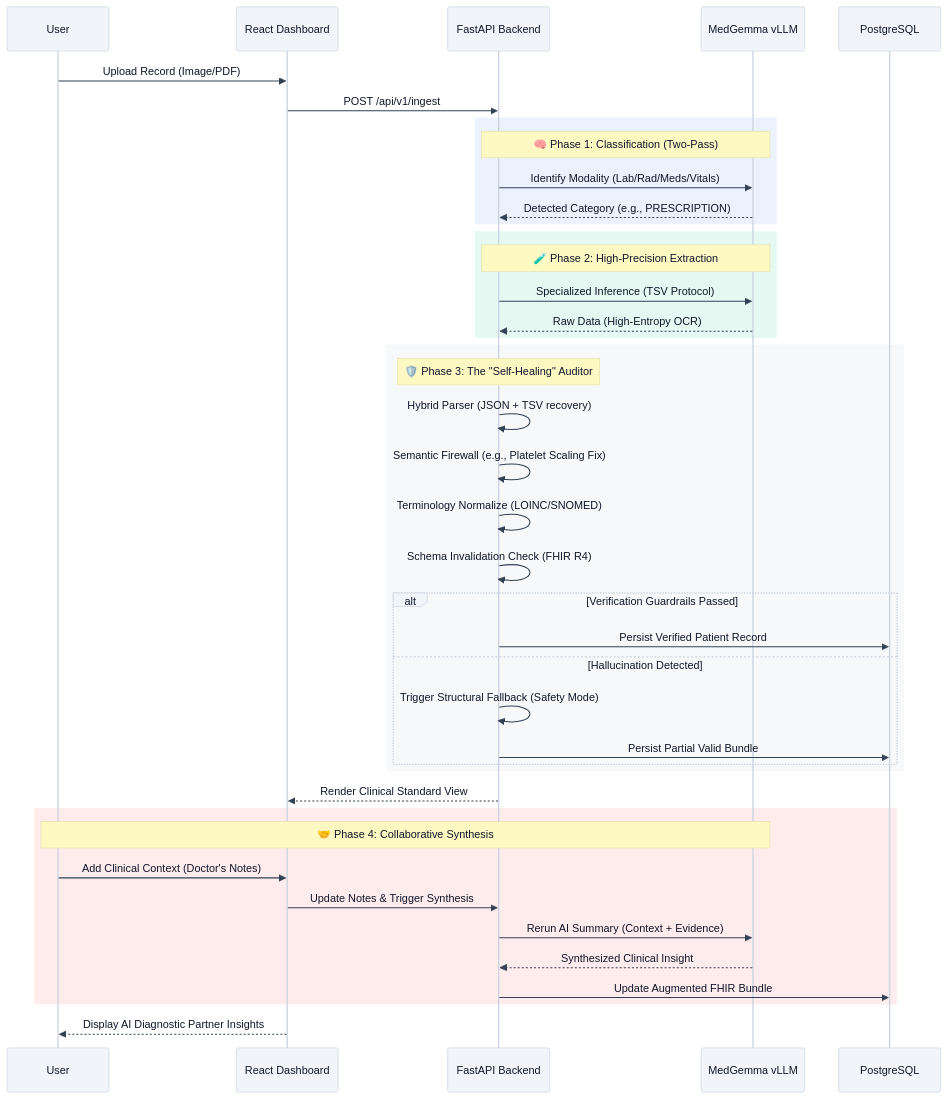
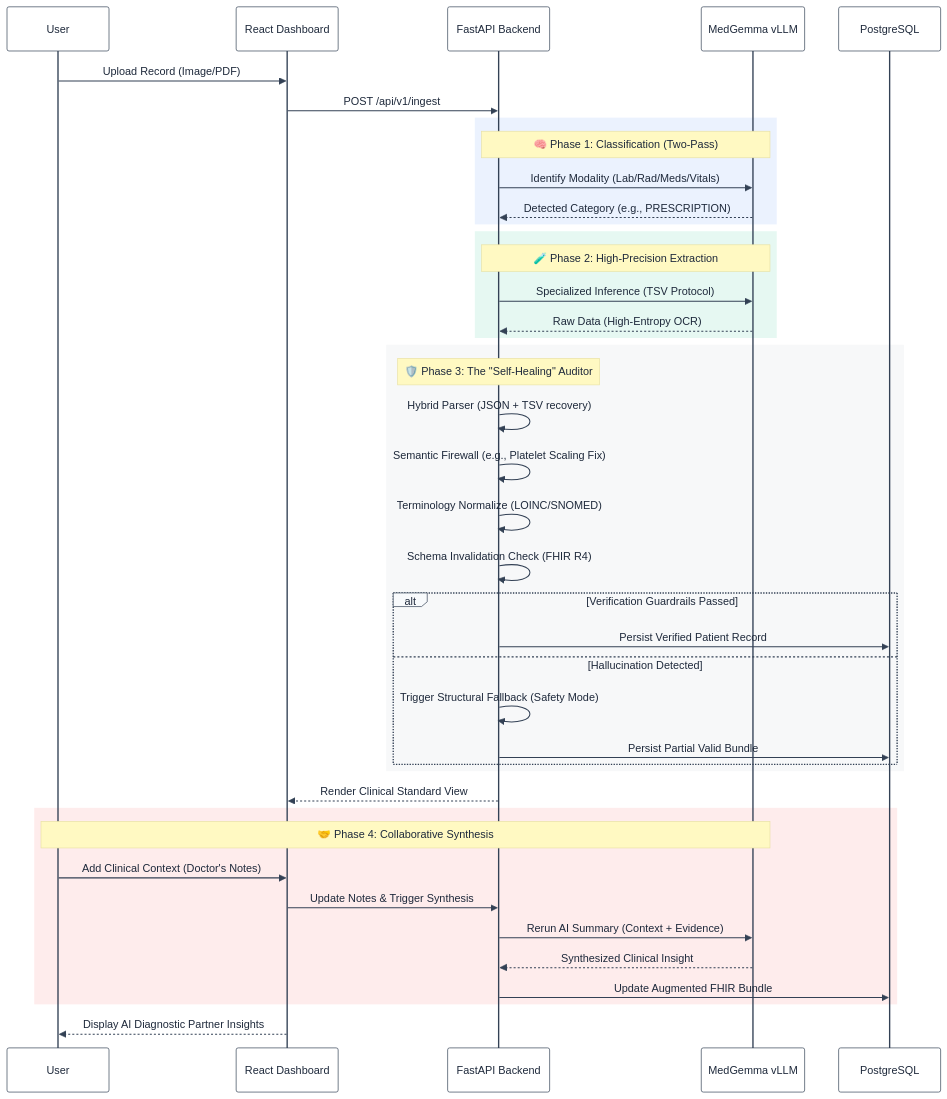
One commit to ALIENvsROBOT/challenge_kaggle changed the diagram in README.md. Above: the diagram before and after it, drawn with Mermaid.

Commit message:
refactor: refine theme variables and colors in README.

````diff
--- a/README.md
+++ b/README.md
@@ -77,72 +77,75 @@
 ```mermaid
 %%{init: {
   'theme': 'base',
   'themeVariables': {
     'background': '#ffffff',
-    'primaryColor': '#f1f5f9',
-    'primaryTextColor': '#0f172a',
-    'primaryBorderColor': '#cbd5e1',
+    'mainBkg': '#ffffff',
+    'primaryColor': '#f8fafc',
+    'primaryTextColor': '#1e293b',
+    'primaryBorderColor': '#334155',
     'lineColor': '#334155',
     'secondaryColor': '#f8fafc',
-    'tertiaryColor': '#f1f5f9',
-    'noteBkgColor': '#fef9c3',
-    'noteTextColor': '#0f172a',
-    'actorTextColor': '#0f172a',
+    'tertiaryColor': '#f8fafc',
+    'noteBkgColor': '#fff9c2',
+    'noteTextColor': '#1e293b',
+    'actorBkg': '#ffffff',
+    'actorTextColor': '#1e293b',
+    'actorBorder': '#334155',
     'signalColor': '#334155',
-    'signalTextColor': '#0f172a',
-    'labelBoxBkgColor': '#f1f5f9',
-    'labelBoxBorderColor': '#cbd5e1',
-    'loopTextColor': '#0f172a',
+    'signalTextColor': '#1e293b',
+    'labelBoxBkgColor': '#f8fafc',
+    'labelBoxBorderColor': '#334155',
+    'loopTextColor': '#1e293b',
     'fontSize': '14px'
   }
 }}%%
 sequenceDiagram
     participant User
     participant UI as React Dashboard
     participant API as FastAPI Backend
     participant LLM as MedGemma vLLM
     participant DB as PostgreSQL
 
     User->>UI: Upload Record (Image/PDF)
     UI->>API: POST /api/v1/ingest
 
     rect rgba(59, 130, 246, 0.1)
     Note over API, LLM: 🧠 Phase 1: Classification (Two-Pass)
     API->>LLM: Identify Modality (Lab/Rad/Meds/Vitals)
     LLM-->>API: Detected Category (e.g., PRESCRIPTION)
     end
 
     rect rgba(16, 185, 129, 0.1)
     Note over API, LLM: 🧪 Phase 2: High-Precision Extraction
     API->>LLM: Specialized Inference (TSV Protocol)
     LLM-->>API: Raw Data (High-Entropy OCR)
     end
 
     rect rgba(100, 116, 139, 0.05)
     Note over API: 🛡️ Phase 3: The "Self-Healing" Auditor
     API->>API: Hybrid Parser (JSON + TSV recovery)
     API->>API: Semantic Firewall (e.g., Platelet Scaling Fix)
     API->>API: Terminology Normalize (LOINC/SNOMED)
     API->>API: Schema Invalidation Check (FHIR R4)
 
     alt Verification Guardrails Passed
         API->>DB: Persist Verified Patient Record
     else Hallucination Detected
         API->>API: Trigger Structural Fallback (Safety Mode)
         API->>DB: Persist Partial Valid Bundle
     end
     end
 
     API-->>UI: Render Clinical Standard View
 
     rect rgba(239, 68, 68, 0.1)
     Note over User, LLM: 🤝 Phase 4: Collaborative Synthesis
     User->>UI: Add Clinical Context (Doctor's Notes)
     UI->>API: Update Notes & Trigger Synthesis
     API->>LLM: Rerun AI Summary (Context + Evidence)
     LLM-->>API: Synthesized Clinical Insight
     API->>DB: Update Augmented FHIR Bundle
     end
 
     UI-->>User: Display AI Diagnostic Partner Insights
 ```
````
